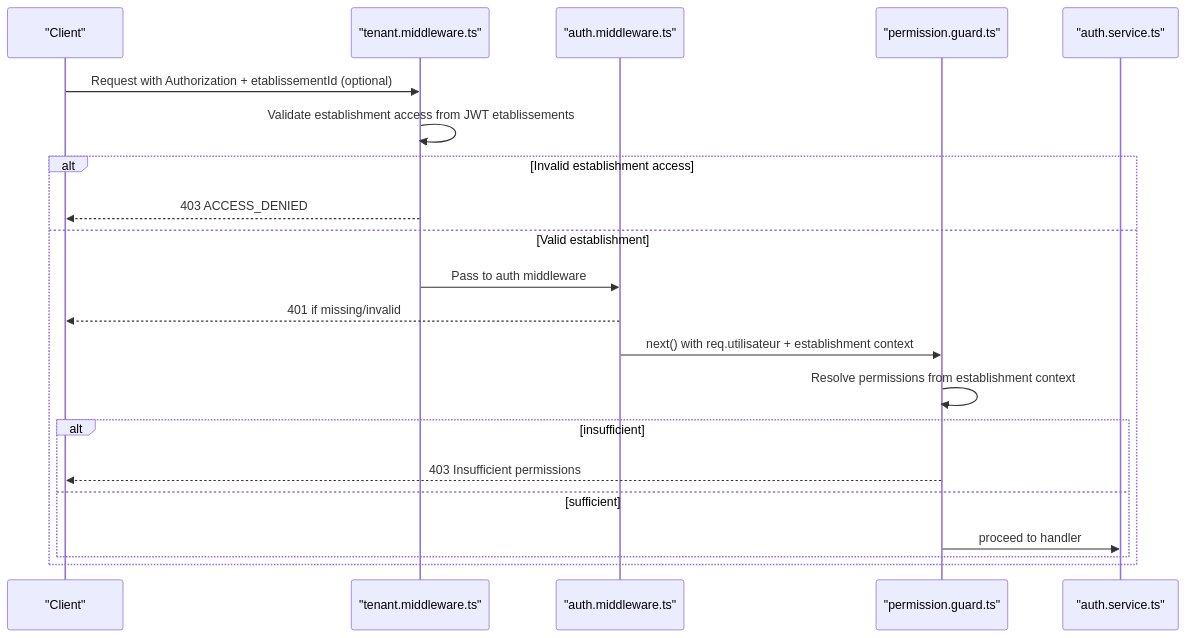
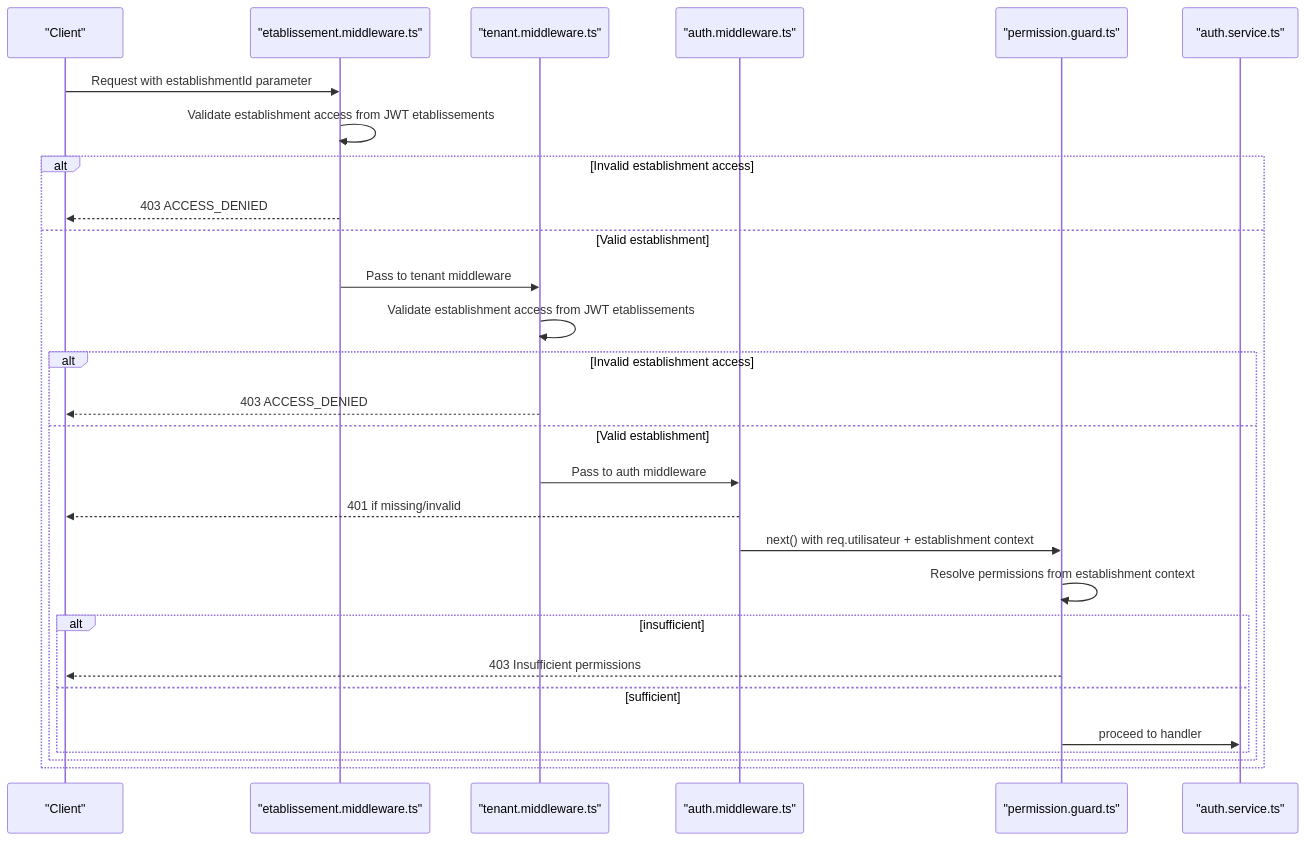
One commit to franckylab/eLISAschool changed diagram 13 of 14 in .qoder/repowiki/en/content/Authentication & Authorization/Authentication Flow.md. Above: the diagram before and after it, drawn with Mermaid. The commit also changed other lines of this file and 53 other files, not shown here.

````diff
--- a/.qoder/repowiki/en/content/Authentication & Authorization/Authentication Flow.md
+++ b/.qoder/repowiki/en/content/Authentication & Authorization/Authentication Flow.md
@@ -1054,23 +1099,30 @@
 ```mermaid
 sequenceDiagram
 participant Client as "Client"
+participant EMW as "etablissement.middleware.ts"
 participant TMW as "tenant.middleware.ts"
 participant AMW as "auth.middleware.ts"
 participant Guard as "permission.guard.ts"
 participant Svc as "auth.service.ts"
-Client->>TMW : Request with Authorization + etablissementId (optional)
+Client->>EMW : Request with establishmentId parameter
+EMW->>EMW : Validate establishment access from JWT etablissements
+alt Invalid establishment access
+EMW-->>Client : 403 ACCESS_DENIED
+else Valid establishment
+EMW->>TMW : Pass to tenant middleware
 TMW->>TMW : Validate establishment access from JWT etablissements
 alt Invalid establishment access
 TMW-->>Client : 403 ACCESS_DENIED
 else Valid establishment
 TMW->>AMW : Pass to auth middleware
 AMW-->>Client : 401 if missing/invalid
 AMW->>Guard : next() with req.utilisateur + establishment context
 Guard->>Guard : Resolve permissions from establishment context
 alt insufficient
 Guard-->>Client : 403 Insufficient permissions
 else sufficient
 Guard->>Svc : proceed to handler
 end
 end
+end
 ```
````
